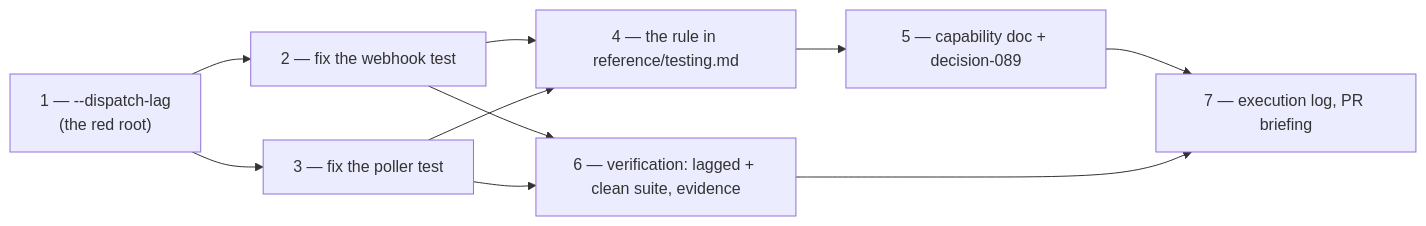
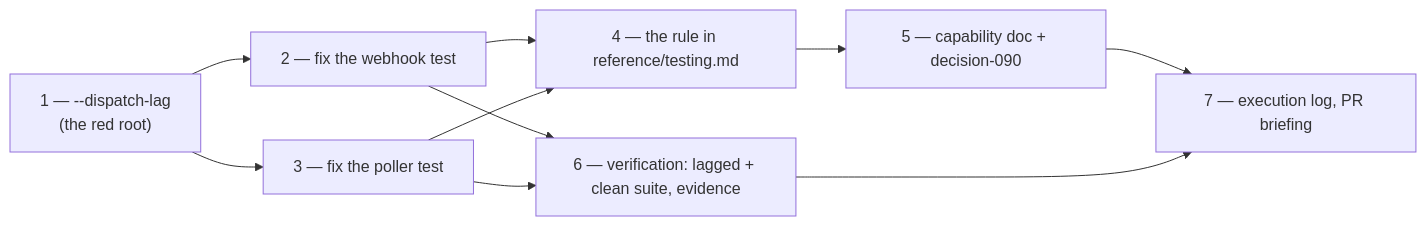
One commit to MadaraUchiha-314/the-loop changed the diagram in docs/specs/issue-251/tasks.md. Above: the diagram before and after it, drawn with Mermaid. The commit also changed other lines of this file and 7 other files, not shown here.

````diff
--- a/docs/specs/issue-251/tasks.md
+++ b/docs/specs/issue-251/tasks.md
@@ -15,12 +15,12 @@
 ```mermaid
 flowchart LR
     T1["1 — --dispatch-lag<br/>(the red root)"] --> T2["2 — fix the webhook test"]
     T1 --> T3["3 — fix the poller test"]
     T2 --> T4["4 — the rule in reference/testing.md"]
     T3 --> T4
-    T4 --> T5["5 — capability doc + decision-089"]
+    T4 --> T5["5 — capability doc + decision-090"]
     T2 --> T6["6 — verification: lagged + clean suite, evidence"]
     T3 --> T6
     T5 --> T7["7 — execution log, PR briefing"]
     T6 --> T7
 ```
````
